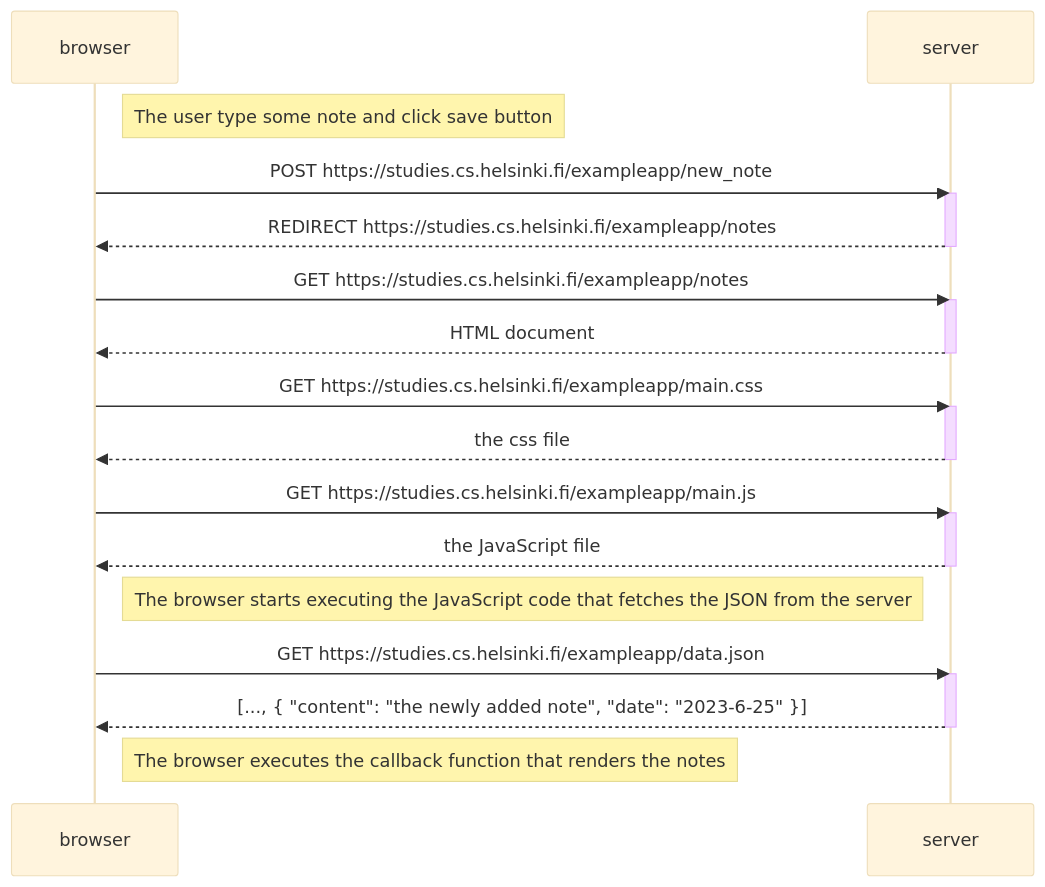
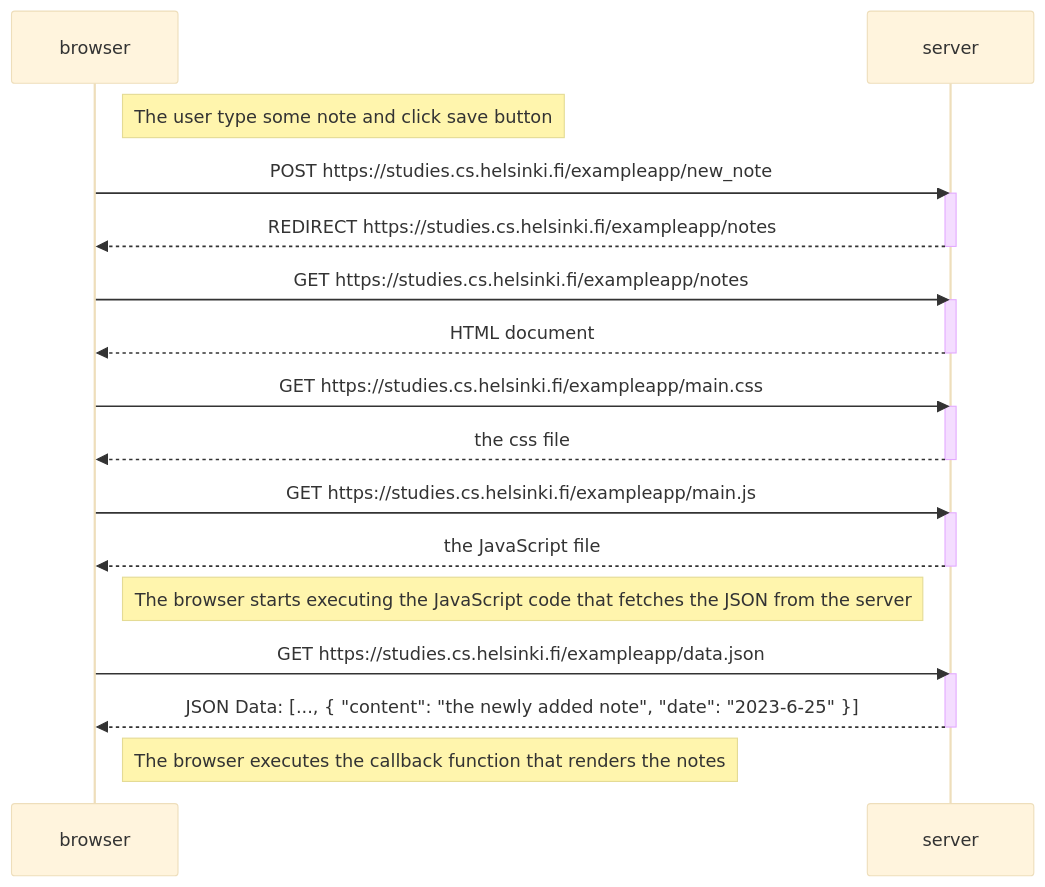
One commit to 3li7u/fullstackcourse changed the diagram in part0/0.4.new_note_diagram/new-note.mmd. Above: the diagram before and after it, drawn with Mermaid (base theme). The commit also changed 2 other files, not shown here.

````diff
--- a/part0/0.4.new_note_diagram/new-note.mmd
+++ b/part0/0.4.new_note_diagram/new-note.mmd
@@ -1,36 +1,36 @@
 ```mermaid
 	sequenceDiagram
 	participant browser
 	participant server
 
 	Note right of browser: The user type some note and click save button
 
 	browser->>server: POST https://studies.cs.helsinki.fi/exampleapp/new_note
 	activate server
 	server-->>browser: REDIRECT https://studies.cs.helsinki.fi/exampleapp/notes
 	deactivate server
 
 	browser->>server: GET https://studies.cs.helsinki.fi/exampleapp/notes
 	activate server
 	server-->>browser: HTML document
 	deactivate server
 
 	browser->>server: GET https://studies.cs.helsinki.fi/exampleapp/main.css
 	activate server
 	server-->>browser: the css file
 	deactivate server
 
 	browser->>server: GET https://studies.cs.helsinki.fi/exampleapp/main.js
 	activate server
 	server-->>browser: the JavaScript file
 	deactivate server
 
 	Note right of browser: The browser starts executing the JavaScript code that fetches the JSON from the server
 
 	browser->>server: GET https://studies.cs.helsinki.fi/exampleapp/data.json
 	activate server
-	server-->>browser: [..., { "content": "the newly added note", "date": "2023-6-25" }]
+	server-->>browser: JSON Data: [..., { "content": "the newly added note", "date": "2023-6-25" }]
 	deactivate server
 
 	Note right of browser: The browser executes the callback function that renders the notes
 ```
````
